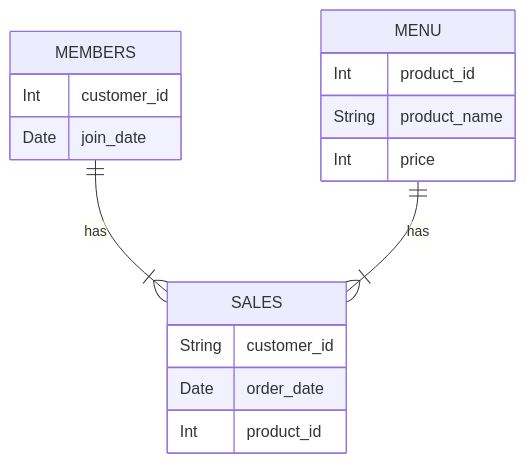
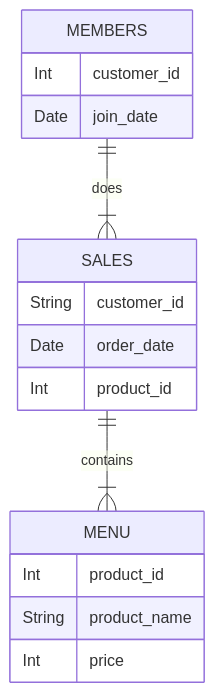
The diagram in Case study #1 - Danny's Diner/README.md (bokw/8_Week_SQL_Challenge), drawn with Mermaid before and after one commit.

````diff
--- a/Case study #1 - Danny's Diner/README.md
+++ b/Case study #1 - Danny's Diner/README.md
@@ -10,21 +10,21 @@
 ```mermaid
 erDiagram
     SALES {
         String customer_id 
         Date order_date
         Int product_id
     }
 
     MENU {
         Int product_id
         String product_name
 	Int price
     }
 
     MEMBERS {
         Int customer_id
         Date join_date
     }
-MEMBERS ||--|{ SALES : has
-MENU ||--|{ SALES : has
+MEMBERS ||--|{ SALES : does
+SALES ||--|{ MENU : contains
 ```
````
